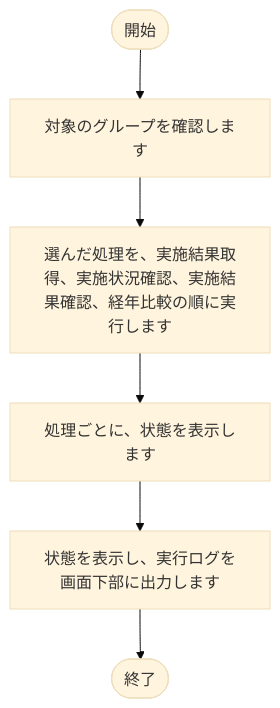
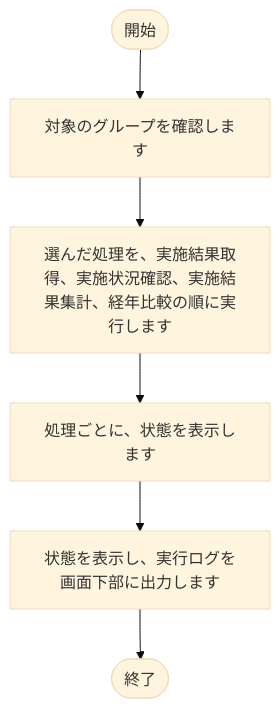
Before and after one commit to nishida2073/project_management: the first of 25 diagrams in tool/track-aggregator/doc/02_設計/処理フロー.md, drawn with Mermaid (base theme). The commit also changed other lines of this file and 15 other files, not shown here.

````diff
--- a/tool/track-aggregator/doc/02_設計/処理フロー.md
+++ b/tool/track-aggregator/doc/02_設計/処理フロー.md
@@ -46,14 +46,14 @@
 ```mermaid
 flowchart TD
     S(["開始"])
     E(["終了"])
     N1["対象のグループを確認します"]
     S --> N1
-    N2["選んだ処理を、実施結果取得、実施状況確認、実施結果確認、経年比較の順に実行します"]
+    N2["選んだ処理を、実施結果取得、実施状況確認、実施結果集計、経年比較の順に実行します"]
     N1 --> N2
     N3["処理ごとに、状態を表示します"]
     N2 --> N3
     N4["状態を表示し、実行ログを画面下部に出力します"]
     N3 --> N4
     N4 --> E
 ```
````
